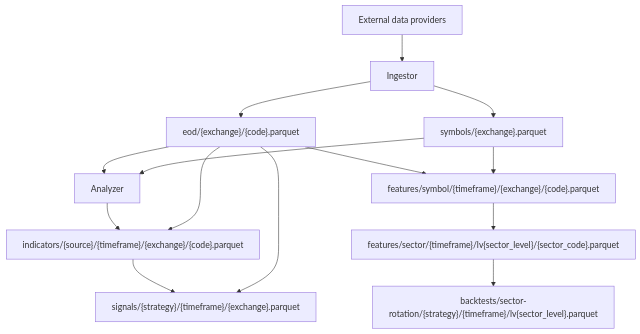
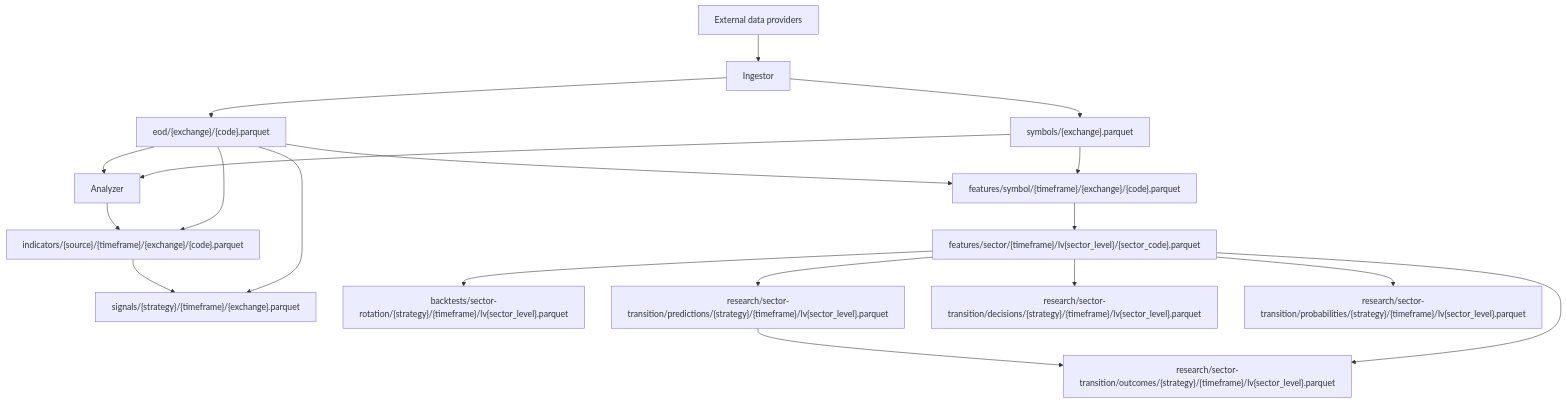
Before and after one commit to tanlocit9/omni: the diagram in docs/data/data-lake.md, drawn with Mermaid. The commit also changed other lines of this file and 33 other files, not shown here.

Commit message:
feat: add sector transition focus universe support

````diff
--- a/docs/data/data-lake.md
+++ b/docs/data/data-lake.md
@@ -9,27 +9,36 @@
 ```mermaid
 flowchart TD
   Provider["External data providers"]
   Ingestor["Ingestor"]
   Analyzer["Analyzer"]
   Symbols["symbols/{exchange}.parquet"]
   EOD["eod/{exchange}/{code}.parquet"]
   Indicators["indicators/{source}/{timeframe}/{exchange}/{code}.parquet"]
   Signals["signals/{strategy}/{timeframe}/{exchange}.parquet"]
   SymbolFeatures["features/symbol/{timeframe}/{exchange}/{code}.parquet"]
   SectorFeatures["features/sector/{timeframe}/lv{sector_level}/{sector_code}.parquet"]
   Backtests["backtests/sector-rotation/{strategy}/{timeframe}/lv{sector_level}.parquet"]
+  TransitionPredictions["research/sector-transition/predictions/{strategy}/{timeframe}/lv{sector_level}.parquet"]
+  TransitionDecisions["research/sector-transition/decisions/{strategy}/{timeframe}/lv{sector_level}.parquet"]
+  TransitionProbabilities["research/sector-transition/probabilities/{strategy}/{timeframe}/lv{sector_level}.parquet"]
+  TransitionOutcomes["research/sector-transition/outcomes/{strategy}/{timeframe}/lv{sector_level}.parquet"]
 
   Provider --> Ingestor
   Ingestor --> Symbols
   Ingestor --> EOD
   EOD --> Analyzer
   Symbols --> Analyzer
   Analyzer --> Indicators
   EOD --> Indicators
   Indicators --> Signals
   EOD --> Signals
   EOD --> SymbolFeatures
   Symbols --> SymbolFeatures
   SymbolFeatures --> SectorFeatures
   SectorFeatures --> Backtests
+  SectorFeatures --> TransitionPredictions
+  SectorFeatures --> TransitionDecisions
+  SectorFeatures --> TransitionProbabilities
+  TransitionPredictions --> TransitionOutcomes
+  SectorFeatures --> TransitionOutcomes
 ```
````
